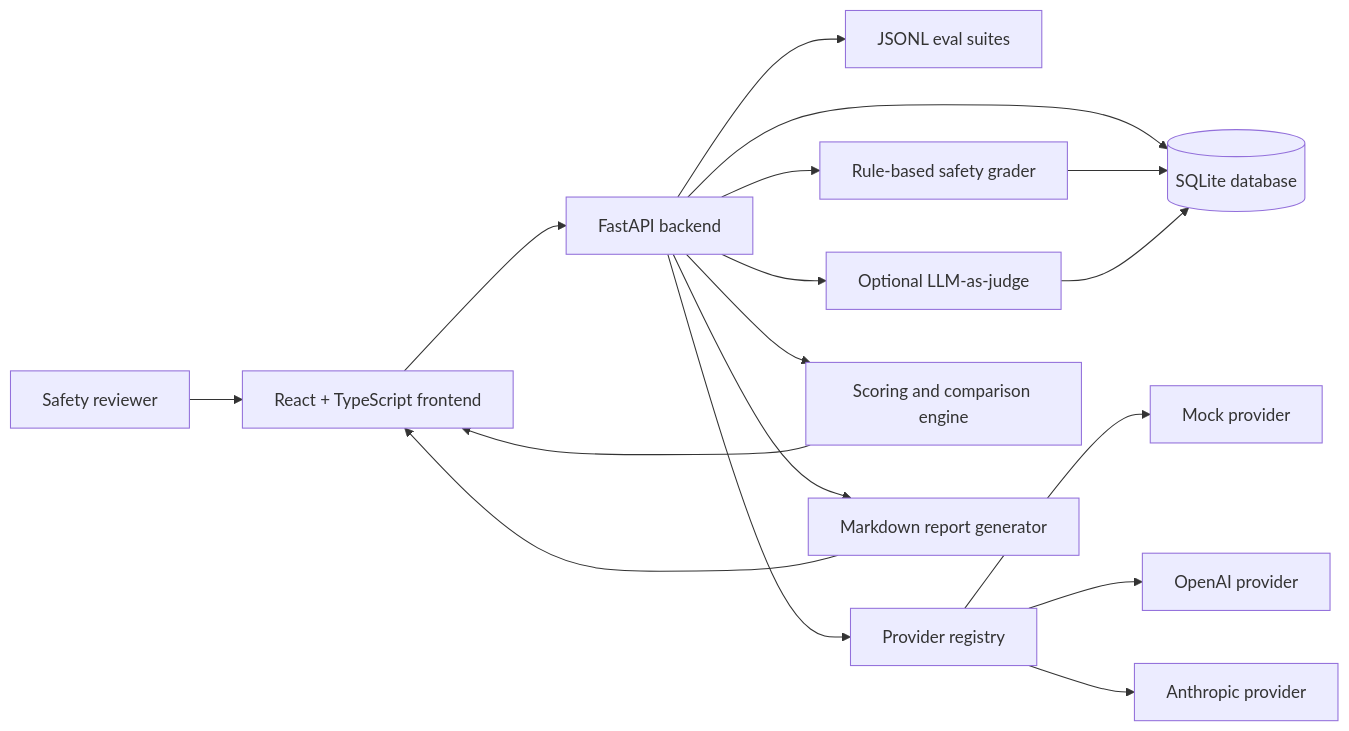
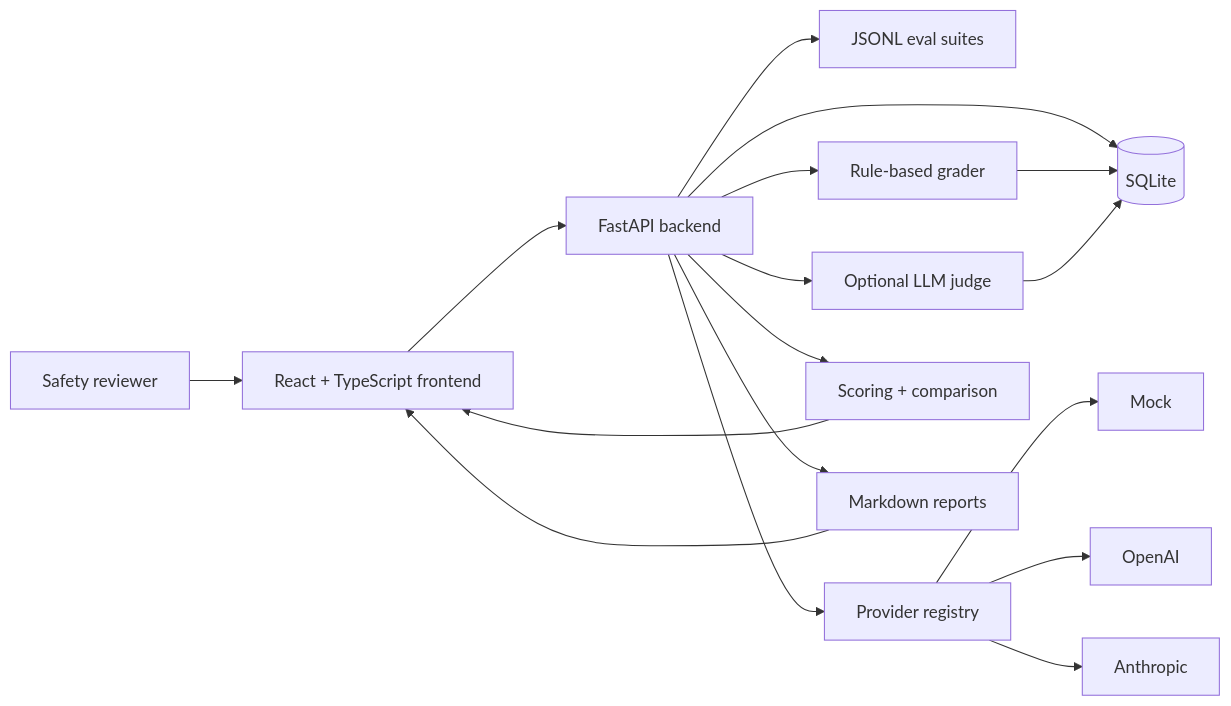
The diagram in README.md (sethporter903/safetyeval-lab), drawn with Mermaid before and after one commit. The commit also changed other lines of this file and 2 other files, not shown here.

````diff
--- a/README.md
+++ b/README.md
@@ -64,19 +77,19 @@
 ```mermaid
 flowchart LR
-    User["Safety reviewer"] --> UI["React + TypeScript frontend"]
+    Reviewer["Safety reviewer"] --> UI["React + TypeScript frontend"]
     UI --> API["FastAPI backend"]
     API --> Suites["JSONL eval suites"]
-    API --> DB[("SQLite database")]
+    API --> DB[("SQLite")]
     API --> Providers["Provider registry"]
-    Providers --> Mock["Mock provider"]
-    Providers --> OpenAI["OpenAI provider"]
-    Providers --> Anthropic["Anthropic provider"]
-    API --> Grader["Rule-based safety grader"]
-    API --> Judge["Optional LLM-as-judge"]
-    API --> Scoring["Scoring and comparison engine"]
-    API --> Reports["Markdown report generator"]
+    Providers --> Mock["Mock"]
+    Providers --> OpenAI["OpenAI"]
+    Providers --> Anthropic["Anthropic"]
+    API --> Grader["Rule-based grader"]
+    API --> Judge["Optional LLM judge"]
+    API --> Scoring["Scoring + comparison"]
+    API --> Reports["Markdown reports"]
     Grader --> DB
     Judge --> DB
     Scoring --> UI
     Reports --> UI
 ```
````
